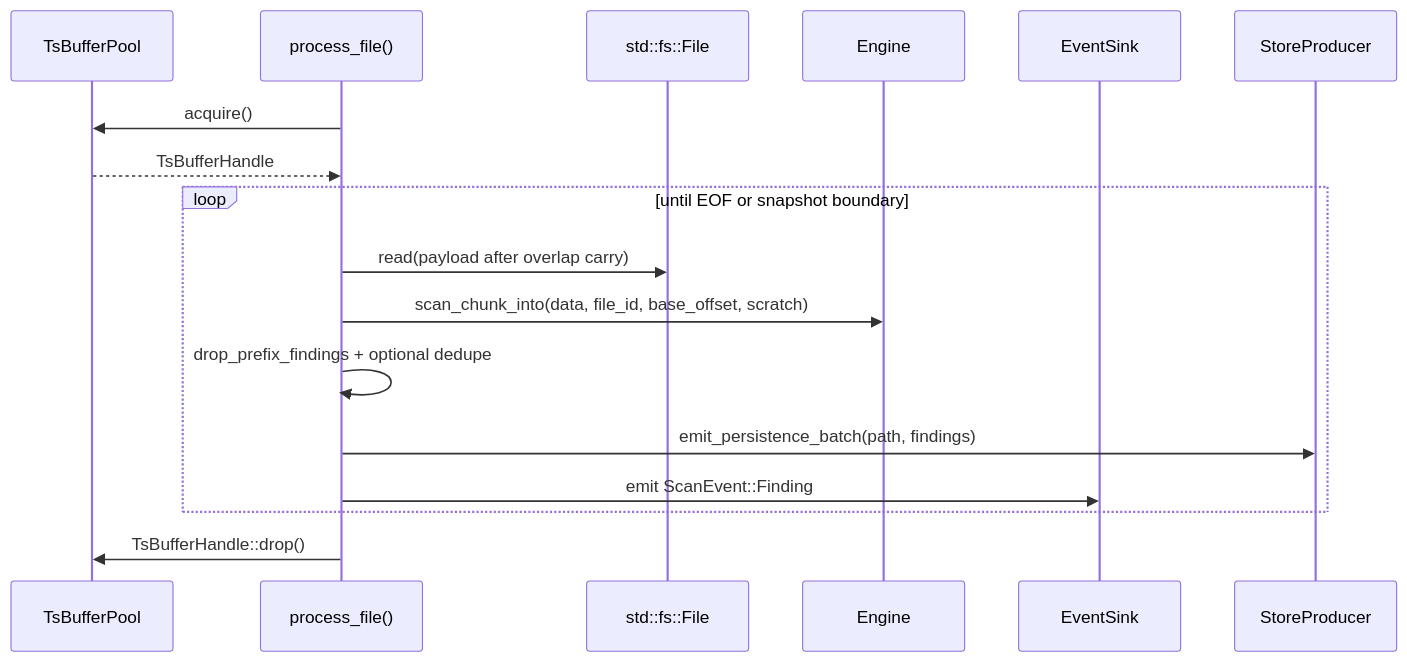
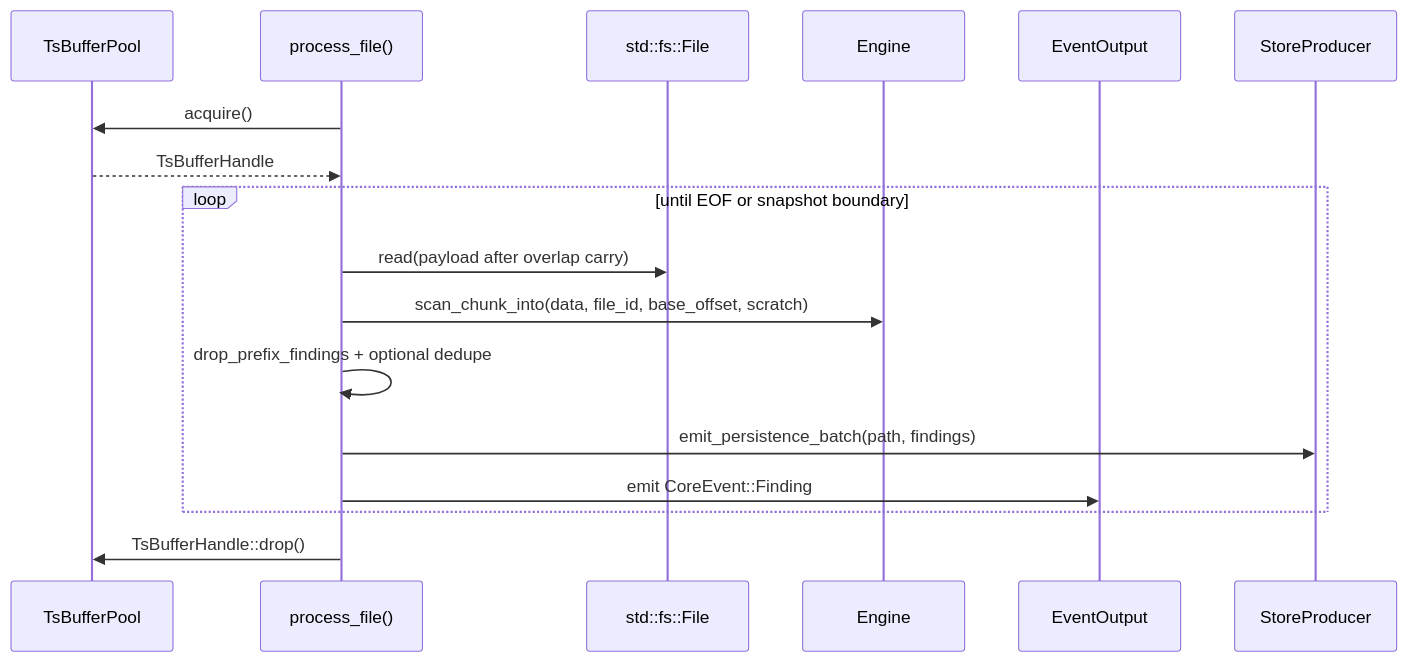
The second of 2 diagrams in docs/pipeline-flow.md (ahrav/Gossip-rs), drawn with Mermaid before and after one commit. The commit also changed other lines of this file and 18 other files, not shown here.

````diff
--- a/docs/pipeline-flow.md
+++ b/docs/pipeline-flow.md
@@ -73,20 +73,20 @@
 ```mermaid
 sequenceDiagram
     participant Pool as TsBufferPool
     participant Worker as process_file()
     participant File as std::fs::File
     participant Engine as Engine
-    participant Sink as EventSink
+    participant Sink as EventOutput
     participant Store as StoreProducer
 
     Worker->>Pool: acquire()
     Pool-->>Worker: TsBufferHandle
     loop until EOF or snapshot boundary
         Worker->>File: read(payload after overlap carry)
         Worker->>Engine: scan_chunk_into(data, file_id, base_offset, scratch)
         Worker->>Worker: drop_prefix_findings + optional dedupe
         Worker->>Store: emit_persistence_batch(path, findings)
-        Worker->>Sink: emit ScanEvent::Finding
+        Worker->>Sink: emit CoreEvent::Finding
     end
     Worker->>Pool: TsBufferHandle::drop()
 ```
````
